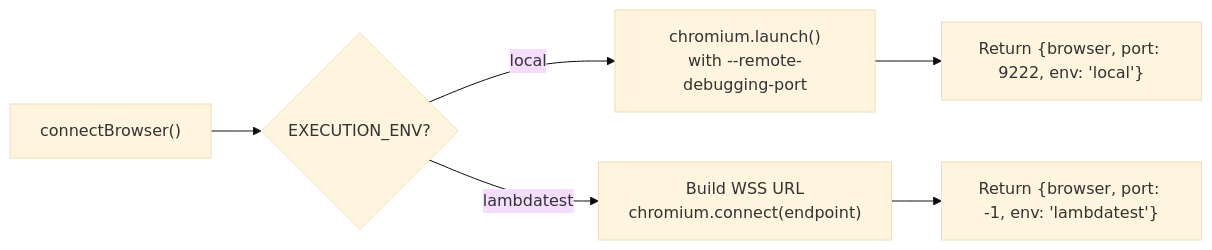
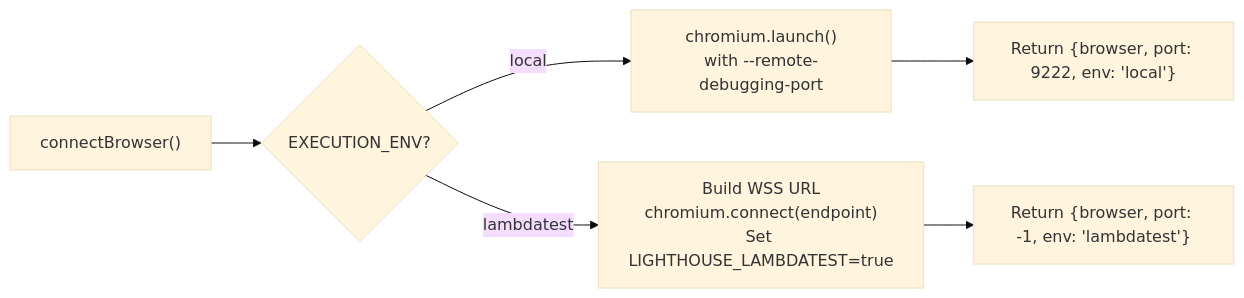
One commit to getloconow/Loco_Performance_Automation changed the fifth of 5 diagrams in README.md. Above: the diagram before and after it, drawn with Mermaid (base theme). The commit also changed other lines of this file and 4 other files, not shown here.

````diff
--- a/README.md
+++ b/README.md
@@ -359,8 +372,8 @@
 ```mermaid
 flowchart LR
     A["connectBrowser()"] --> B{"EXECUTION_ENV?"}
     B -->|"local"| C["chromium.launch()<br/>with --remote-debugging-port"]
-    B -->|"lambdatest"| D["Build WSS URL<br/>chromium.connect(endpoint)"]
+    B -->|"lambdatest"| D["Build WSS URL<br/>chromium.connect(endpoint)<br/>Set LIGHTHOUSE_LAMBDATEST=true"]
     C --> E["Return {browser, port: 9222, env: 'local'}"]
     D --> F["Return {browser, port: -1, env: 'lambdatest'}"]
 ```
````
